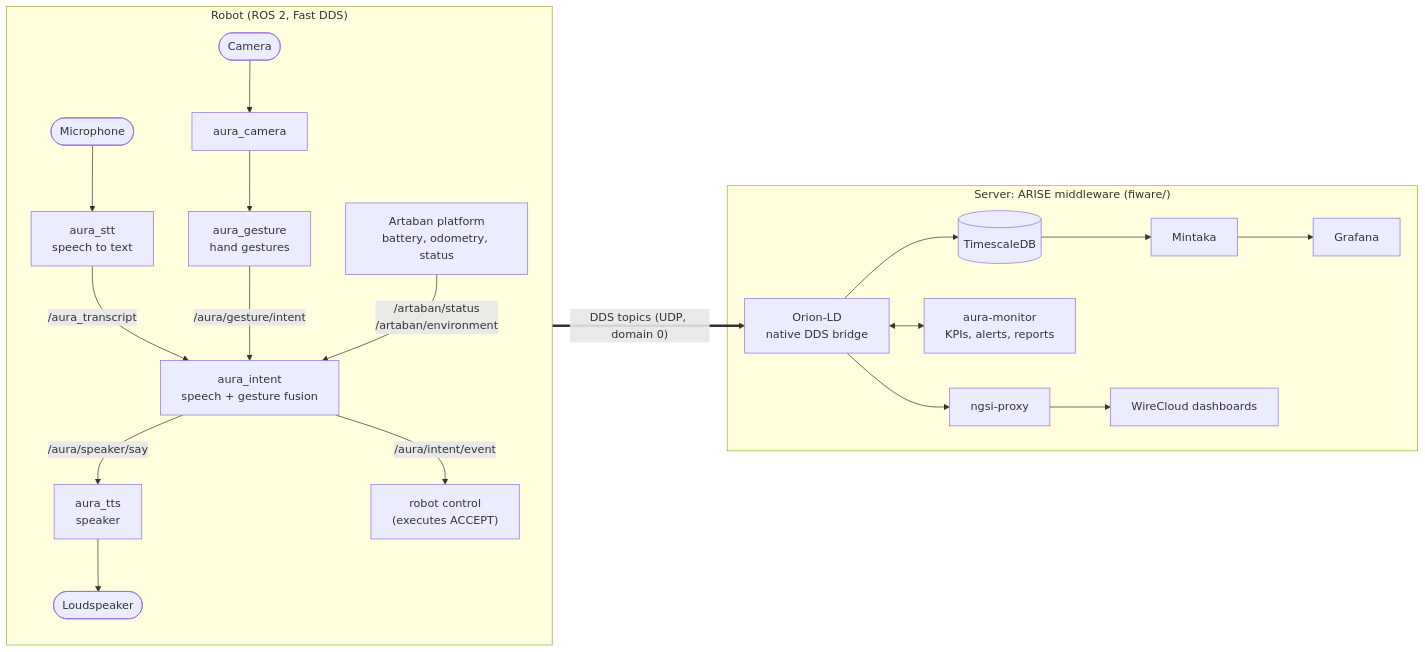
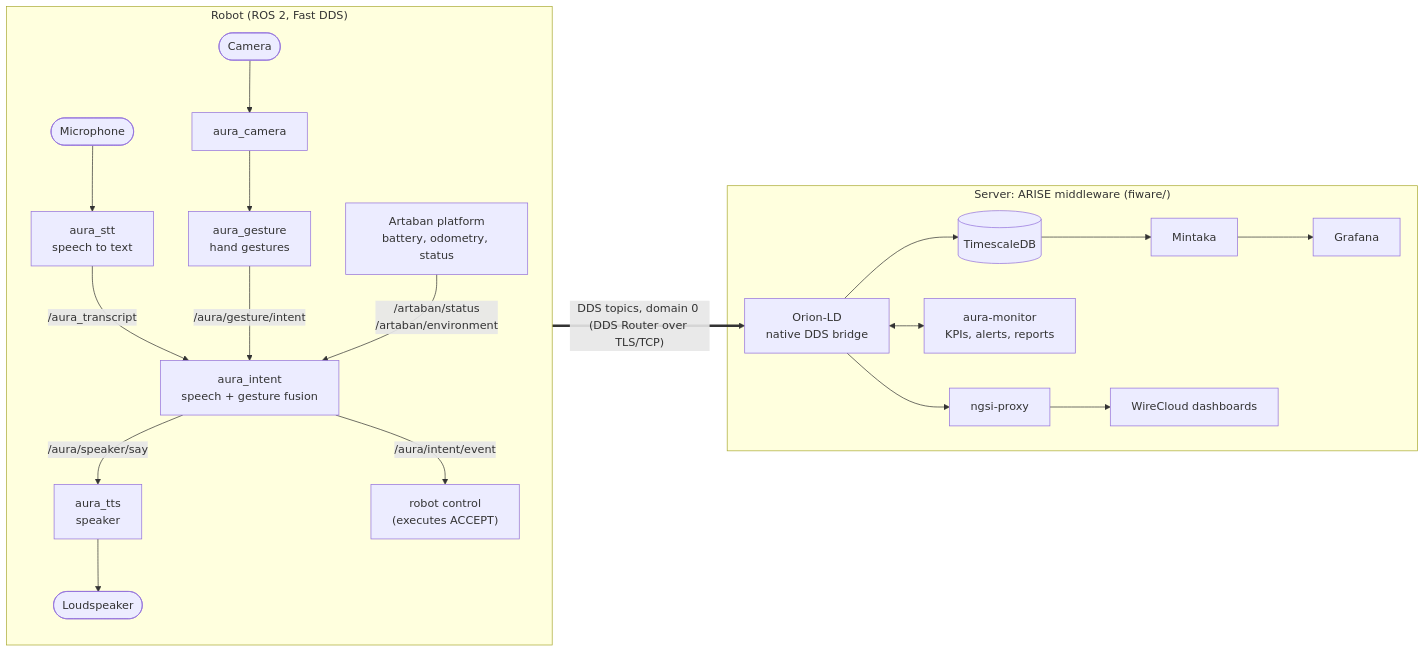
One commit to Sensifai-BV/aura changed the diagram in README.md. Above: the diagram before and after it, drawn with Mermaid. The commit also changed 7 other files, not shown here.

Commit message:
feat: add the DDS Router over TCP link

````diff
--- a/README.md
+++ b/README.md
@@ -11,22 +11,22 @@
 ```mermaid
 flowchart LR
   subgraph robot["Robot (ROS 2, Fast DDS)"]
     mic([Microphone]) --> stt["aura_stt<br/>speech to text"]
     cam([Camera]) --> camera["aura_camera"] --> gesture["aura_gesture<br/>hand gestures"]
     platform["Artaban platform<br/>battery, odometry, status"]
     stt -- "/aura_transcript" --> intent["aura_intent<br/>speech + gesture fusion"]
     gesture -- "/aura/gesture/intent" --> intent
     platform -- "/artaban/status<br/>/artaban/environment" --> intent
     intent -- "/aura/speaker/say" --> tts["aura_tts<br/>speaker"] --> spk([Loudspeaker])
     intent -- "/aura/intent/event" --> ctl["robot control<br/>(executes ACCEPT)"]
   end
 
   subgraph server["Server: ARISE middleware (fiware/)"]
     orion["Orion-LD<br/>native DDS bridge"]
     orion --> ts[("TimescaleDB")] --> mintaka["Mintaka"] --> grafana["Grafana"]
     orion <--> monitor["aura-monitor<br/>KPIs, alerts, reports"]
     orion --> proxy["ngsi-proxy"] --> wc["WireCloud dashboards"]
   end
 
-  robot == "DDS topics (UDP, domain 0)" ==> orion
+  robot == "DDS topics, domain 0 (DDS Router over TLS/TCP)" ==> orion
 ```
````
